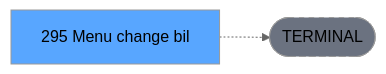
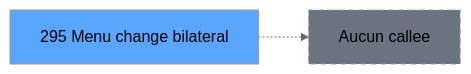
One commit to thonyAGP/lecteur-magic changed the third of 3 diagrams in .openspec/specs/ADH-IDE-295.md. Above: the diagram before and after it, drawn with Mermaid (neutral theme). The commit also changed other lines of this file and 96 other files, not shown here.

````diff
--- a/.openspec/specs/ADH-IDE-295.md
+++ b/.openspec/specs/ADH-IDE-295.md
@@ -134,8 +219,8 @@
 ```mermaid
 graph LR
-    T[295 Menu change bil]
-    TERM([TERMINAL])
-    T -.-> TERM
-    style TERM fill:#6b7280,stroke-dasharray: 5 5
-    style T fill:#58a6ff,color:#000
+    T295[295 Menu change bilateral]
+    style T295 fill:#58a6ff
+    NONE[Aucun callee]
+    T295 -.-> NONE
+    style NONE fill:#6b7280,stroke-dasharray: 5 5
 ```
````
